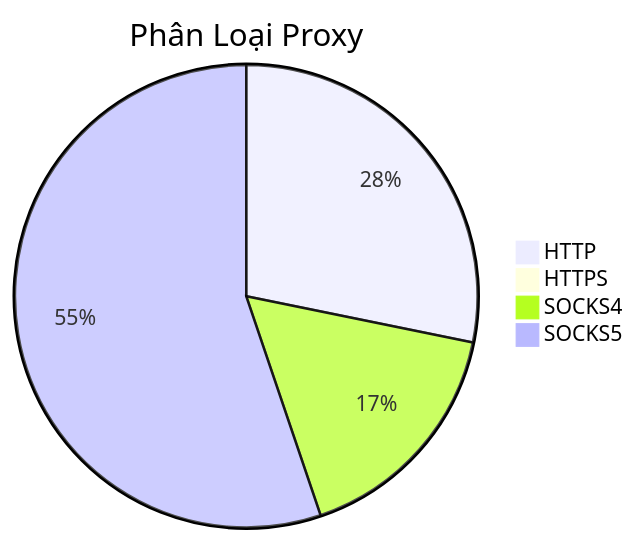
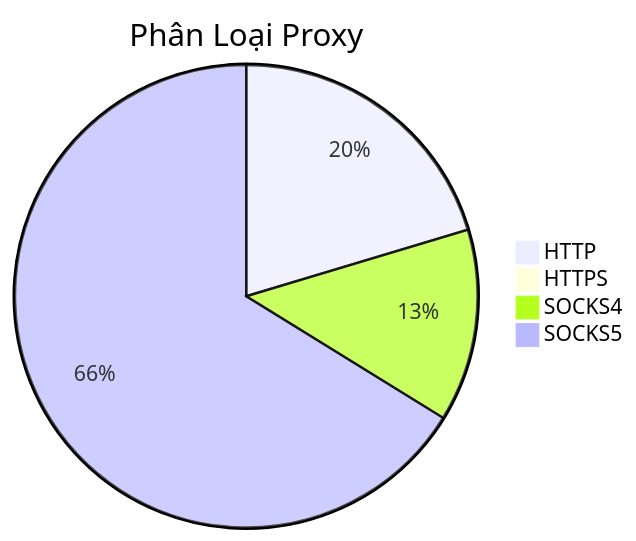
One commit to Ciara-12/PROXY-free changed the diagram in README.md. Above: the diagram before and after it, drawn with Mermaid. The commit also changed other lines of this file and 3 other files, not shown here.

````diff
--- a/README.md
+++ b/README.md
@@ -26,7 +26,7 @@
 ```mermaid
 pie title Phân Loại Proxy
-    "HTTP" : 352
+    "HTTP" : 401
     "HTTPS" : 1
-    "SOCKS4" : 207
-    "SOCKS5" : 689
+    "SOCKS4" : 265
+    "SOCKS5" : 1304
 ```
````
